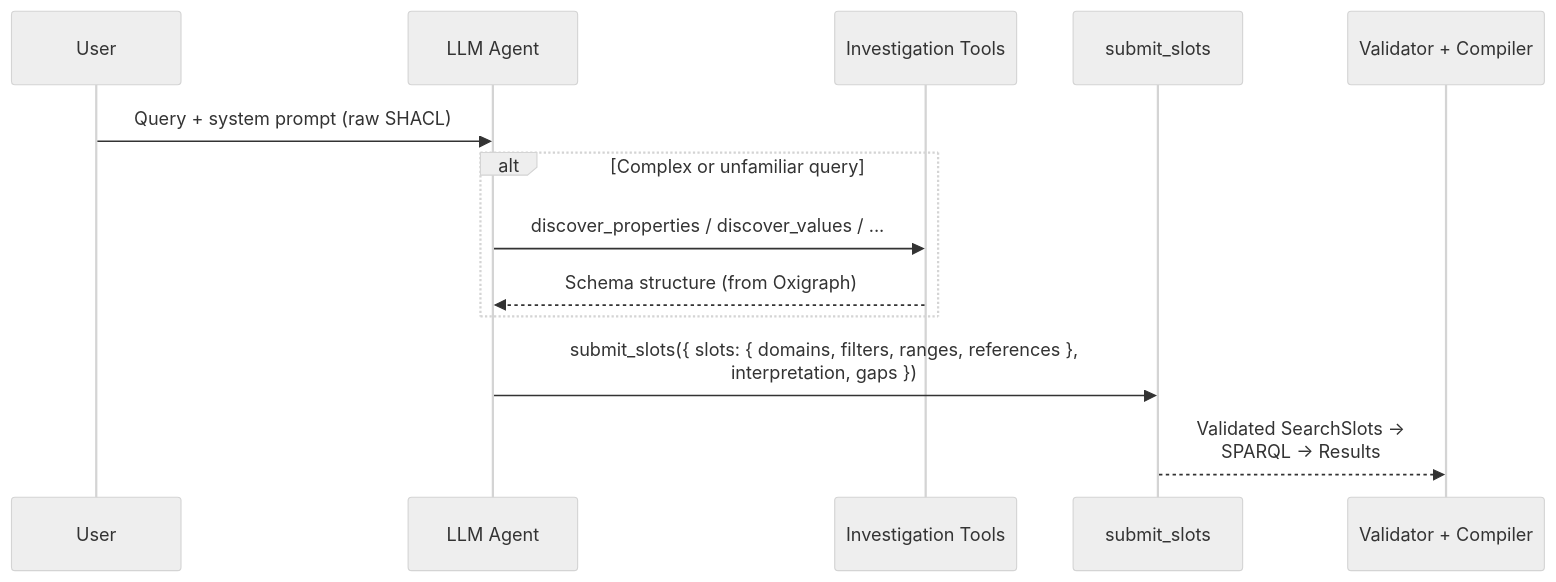
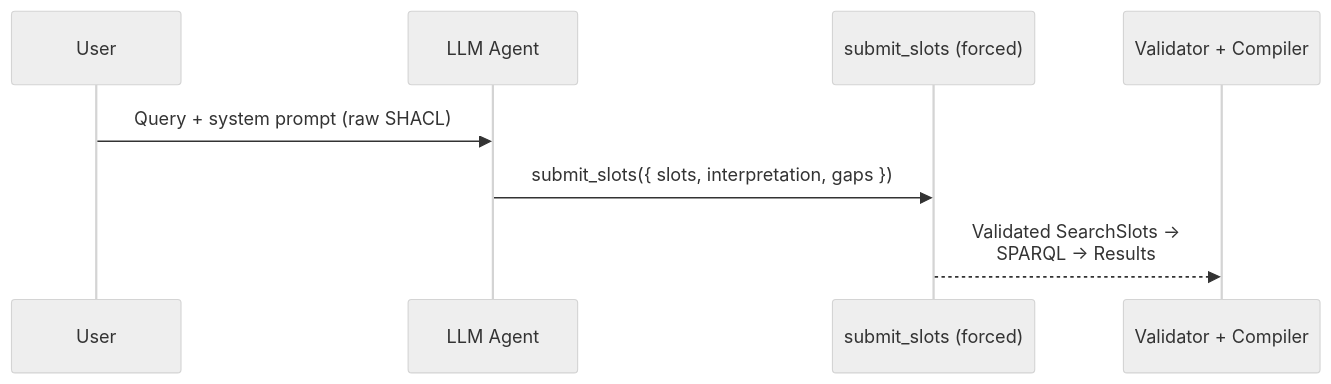
One commit to ASCS-eV/ontology-based-nl-search changed the first of 3 diagrams in apps/docs/agent.md. Above: the diagram before and after it, drawn with Mermaid (neutral theme). The commit also changed other lines of this file and 7 other files, not shown here.

````diff
--- a/apps/docs/agent.md
+++ b/apps/docs/agent.md
@@ -9,16 +9,11 @@
 ```mermaid
 sequenceDiagram
     participant U as User
     participant L as LLM Agent
-    participant IT as Investigation Tools
-    participant SS as submit_slots
+    participant SS as submit_slots (forced)
     participant V as Validator + Compiler
 
     U->>L: Query + system prompt (raw SHACL)
-    alt Complex or unfamiliar query
-        L->>IT: discover_properties / discover_values / ...
-        IT-->>L: Schema structure (from Oxigraph)
-    end
-    L->>SS: submit_slots({ slots: { domains, filters, ranges, references },<br/>interpretation, gaps })
+    L->>SS: submit_slots({ slots, interpretation, gaps })
     SS-->>V: Validated SearchSlots →<br/>SPARQL → Results
 ```
````
